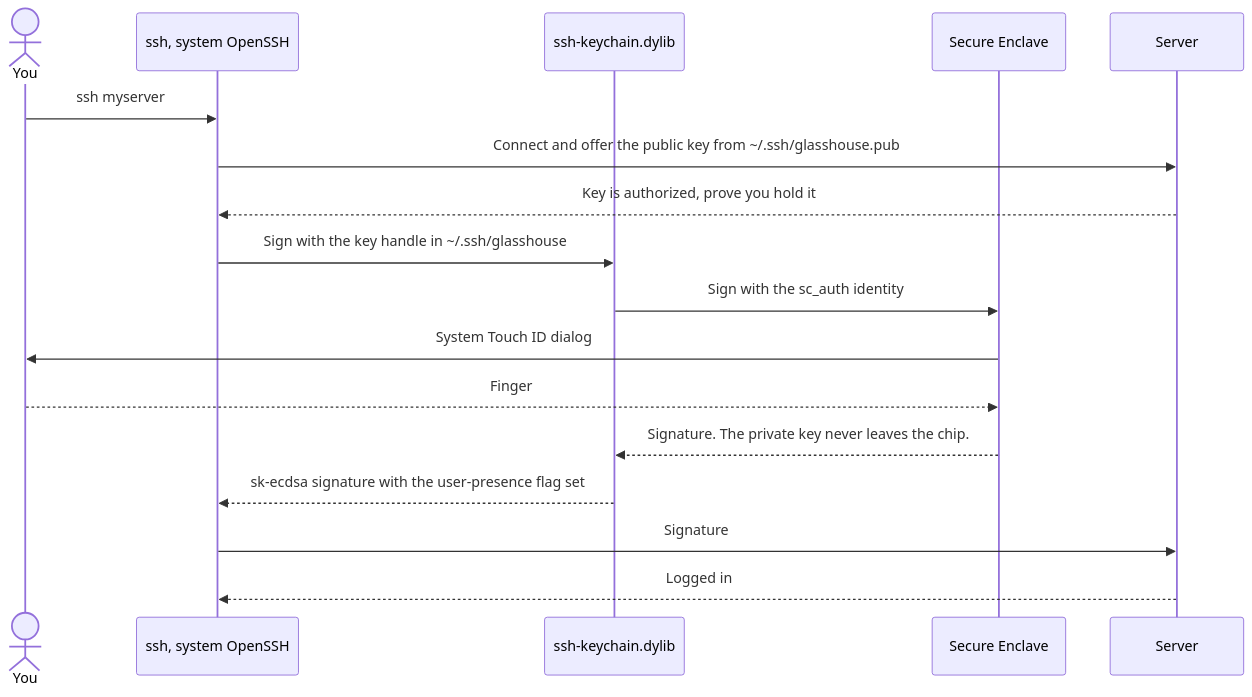
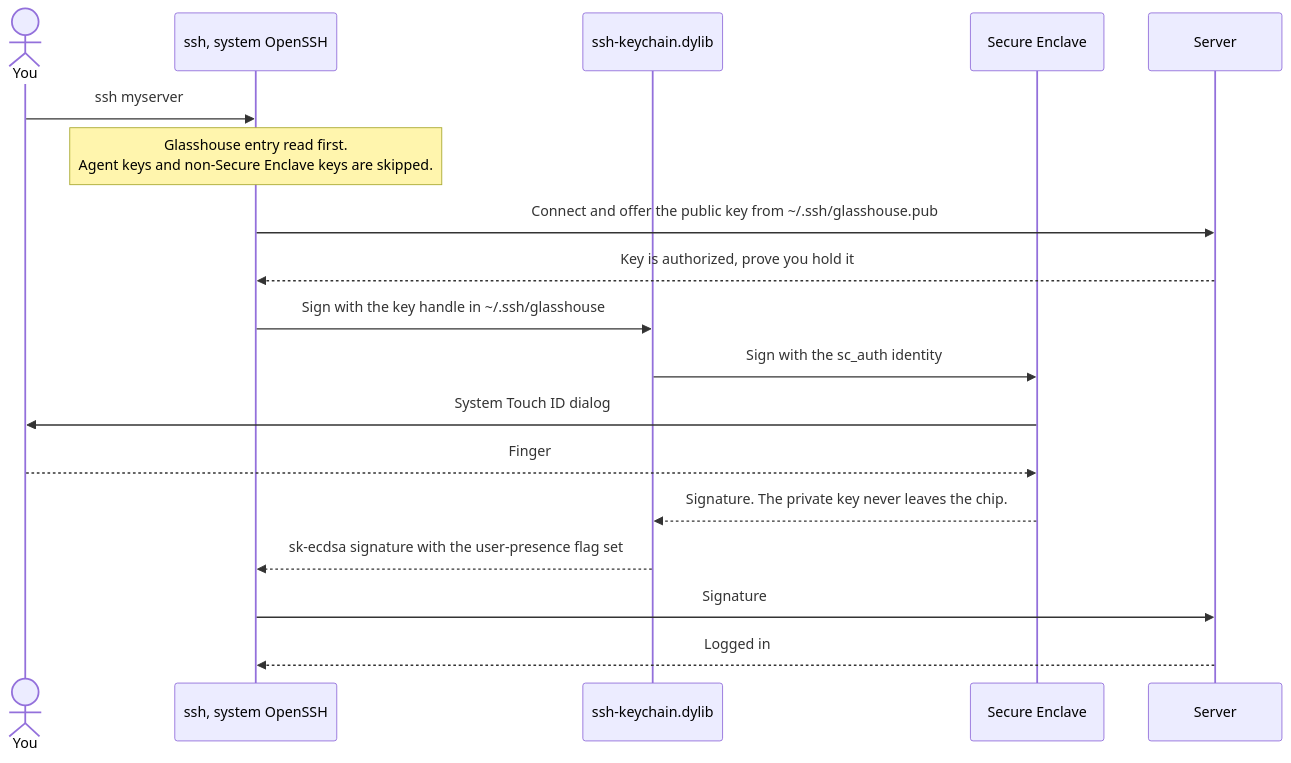
One commit to jasonkolodziej/glasshouse changed the fourth of 6 diagrams in Glasshouse/README.md. Above: the diagram before and after it, drawn with Mermaid. The commit also changed other lines of this file and 13 other files, not shown here.

````diff
--- a/Glasshouse/README.md
+++ b/Glasshouse/README.md
@@ -256,19 +327,20 @@
 ```mermaid
 sequenceDiagram
     actor You
     participant SSH as ssh, system OpenSSH
     participant P as ssh-keychain.dylib
     participant SE as Secure Enclave
     participant Srv as Server
     You->>SSH: ssh myserver
+    Note over SSH: Glasshouse entry read first.<br/>Agent keys and non-Secure Enclave keys are skipped.
     SSH->>Srv: Connect and offer the public key from ~/.ssh/glasshouse.pub
     Srv-->>SSH: Key is authorized, prove you hold it
     SSH->>P: Sign with the key handle in ~/.ssh/glasshouse
     P->>SE: Sign with the sc_auth identity
     SE->>You: System Touch ID dialog
     You-->>SE: Finger
     SE-->>P: Signature. The private key never leaves the chip.
     P-->>SSH: sk-ecdsa signature with the user-presence flag set
     SSH->>Srv: Signature
     Srv-->>SSH: Logged in
 ```
````
